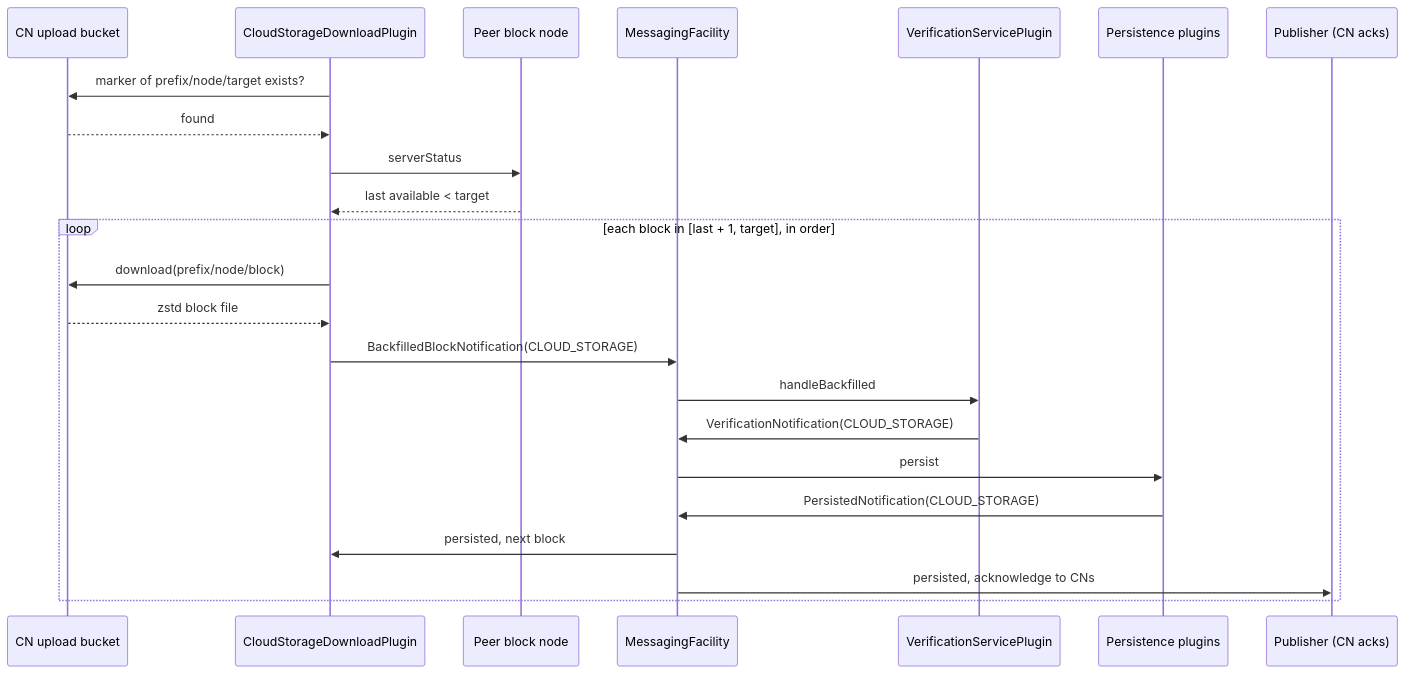
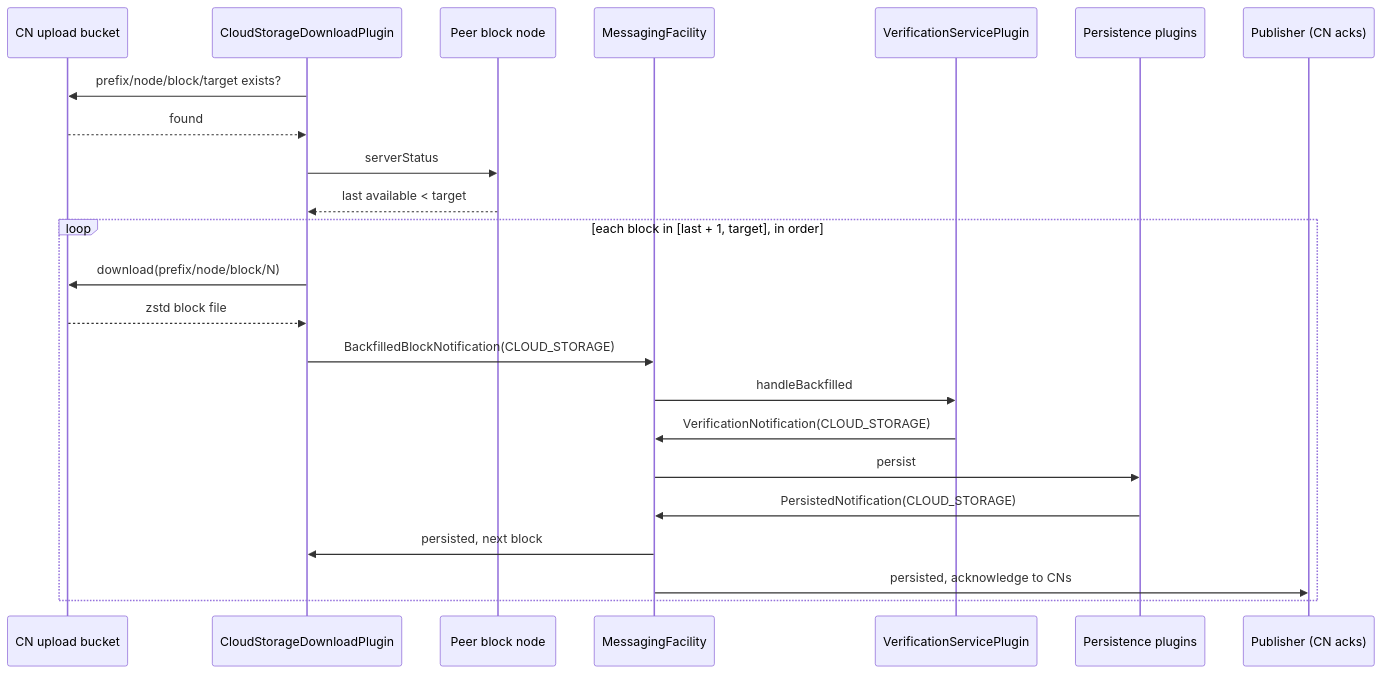
One commit to hiero-ledger/hiero-block-node changed the second of 2 diagrams in docs/design/persistence/cloud-storage-download.md. Above: the diagram before and after it, drawn with Mermaid. The commit also changed other lines of this file, not shown here.

````diff
--- a/docs/design/persistence/cloud-storage-download.md
+++ b/docs/design/persistence/cloud-storage-download.md
@@ -359,26 +394,26 @@
 ```mermaid
 sequenceDiagram
     participant Bucket as CN upload bucket
     participant CSDP as CloudStorageDownloadPlugin
     participant Peer as Peer block node
     participant MF as MessagingFacility
     participant Ver as VerificationServicePlugin
     participant Store as Persistence plugins
     participant Pub as Publisher (CN acks)
 
-    CSDP->>Bucket: marker of prefix/node/target exists?
+    CSDP->>Bucket: prefix/node/block/target exists?
     Bucket-->>CSDP: found
     CSDP->>Peer: serverStatus
     Peer-->>CSDP: last available < target
     loop each block in [last + 1, target], in order
-        CSDP->>Bucket: download(prefix/node/block)
+        CSDP->>Bucket: download(prefix/node/block/N)
         Bucket-->>CSDP: zstd block file
         CSDP->>MF: BackfilledBlockNotification(CLOUD_STORAGE)
         MF->>Ver: handleBackfilled
         Ver->>MF: VerificationNotification(CLOUD_STORAGE)
         MF->>Store: persist
         Store->>MF: PersistedNotification(CLOUD_STORAGE)
         MF->>CSDP: persisted, next block
         MF->>Pub: persisted, acknowledge to CNs
     end
 ```
````
